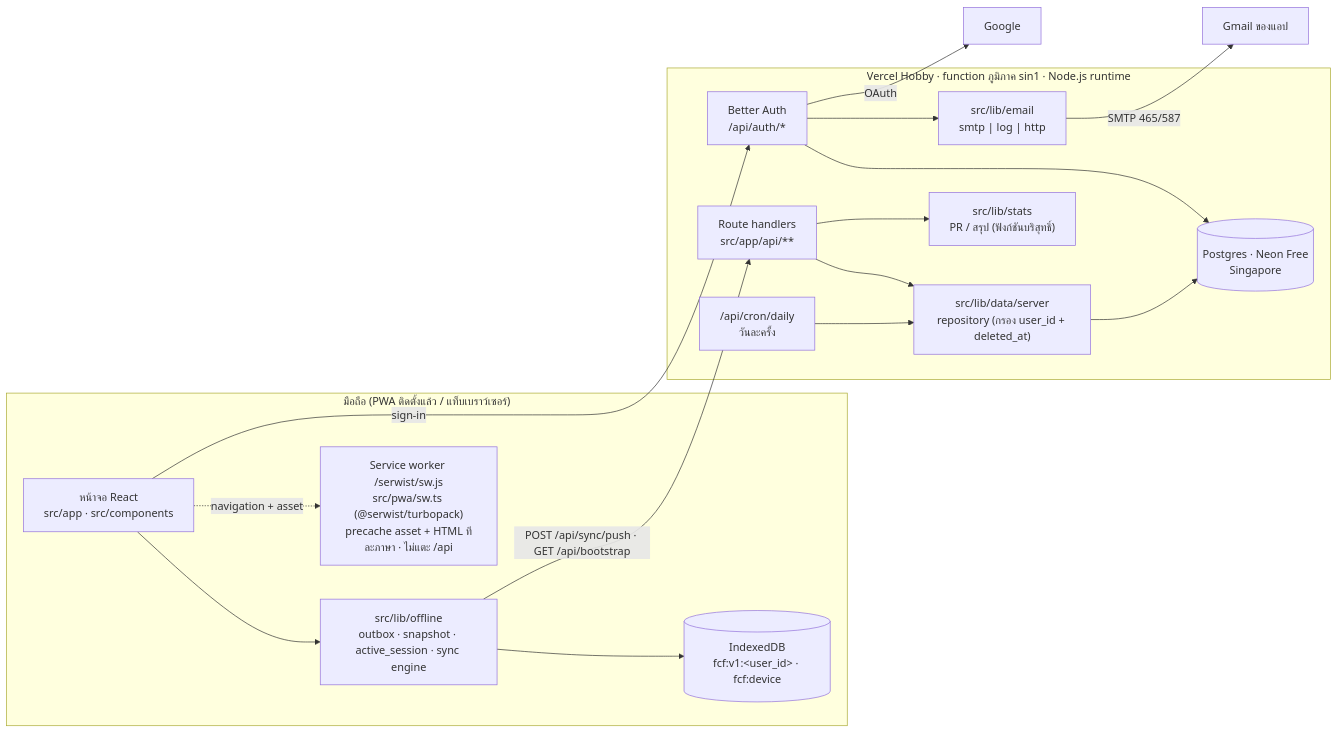
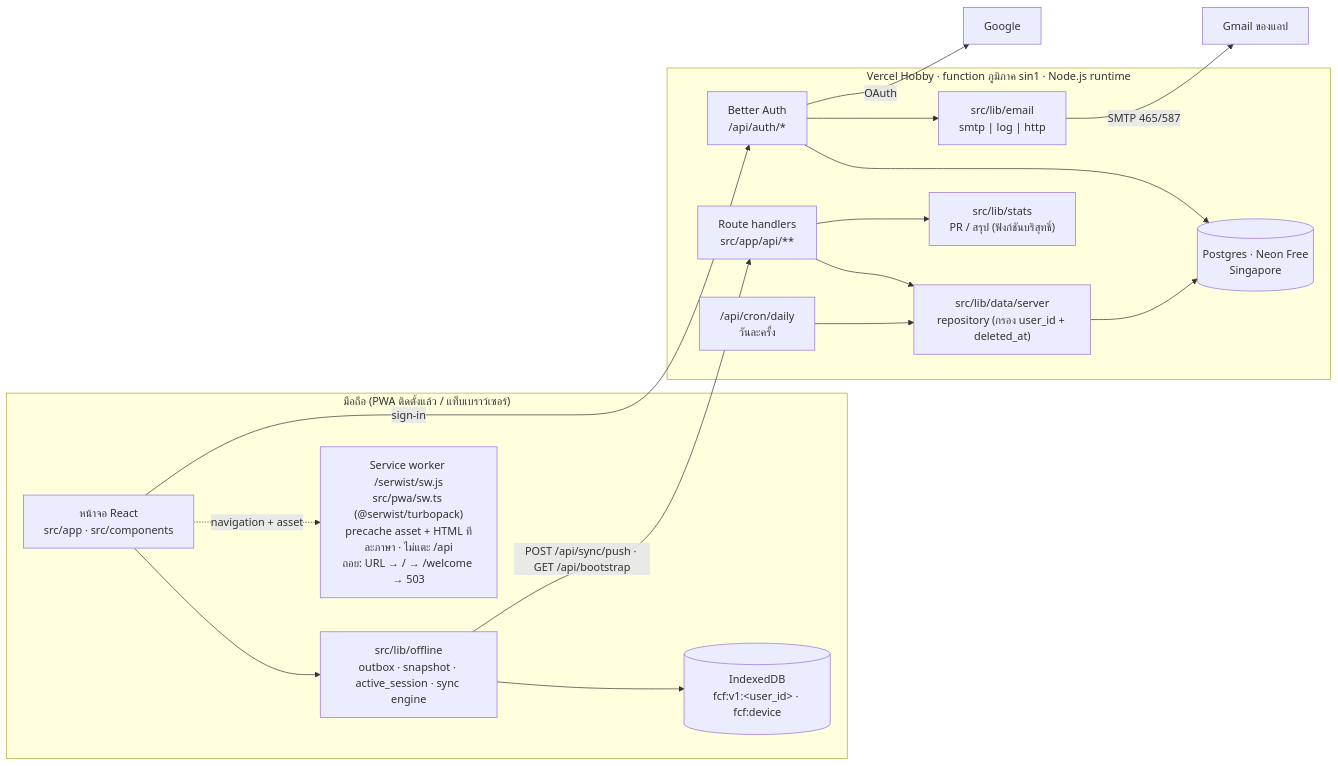
Before and after one commit to ieatbaozi-stack/fatcatfit: the diagram in docs/design/ARCHITECTURE.md, drawn with Mermaid. The commit also changed other lines of this file, not shown here.

Commit message:
docs(r1): ARCHITECTURE.md aligned with ADR 0006 and ADR 0002 amendments

````diff
--- a/docs/design/ARCHITECTURE.md
+++ b/docs/design/ARCHITECTURE.md
@@ -9,29 +9,29 @@
 ```mermaid
 flowchart LR
   subgraph Phone["มือถือ (PWA ติดตั้งแล้ว / แท็บเบราว์เซอร์)"]
     UI["หน้าจอ React<br/>src/app · src/components"]
     OFF["src/lib/offline<br/>outbox · snapshot · active_session · sync engine"]
     IDB[("IndexedDB<br/>fcf:v1:&lt;user_id&gt; · fcf:device")]
-    SW["Service worker /serwist/sw.js<br/>src/pwa/sw.ts (@serwist/turbopack)<br/>precache asset + HTML ทีละภาษา · ไม่แตะ /api"]
+    SW["Service worker /serwist/sw.js<br/>src/pwa/sw.ts (@serwist/turbopack)<br/>precache asset + HTML ทีละภาษา · ไม่แตะ /api<br/>ถอย: URL → / → /welcome → 503"]
     UI --> OFF --> IDB
     UI -. "navigation + asset" .-> SW
   end
   subgraph Vercel["Vercel Hobby · function ภูมิภาค sin1 · Node.js runtime"]
     API["Route handlers<br/>src/app/api/**"]
     AUTH["Better Auth<br/>/api/auth/*"]
     DATA["src/lib/data/server<br/>repository (กรอง user_id + deleted_at)"]
     STATS["src/lib/stats<br/>PR / สรุป (ฟังก์ชันบริสุทธิ์)"]
     MAIL["src/lib/email<br/>smtp | log | http"]
     CRON["/api/cron/daily<br/>วันละครั้ง"]
     API --> DATA --> DB
     API --> STATS
     AUTH --> DB
     AUTH --> MAIL
     CRON --> DATA
   end
   DB[("Postgres · Neon Free<br/>Singapore")]
   OFF -- "POST /api/sync/push · GET /api/bootstrap" --> API
   UI -- "sign-in" --> AUTH
   AUTH -- OAuth --> G["Google"]
   MAIL -- "SMTP 465/587" --> GM["Gmail ของแอป"]
 ```
````
